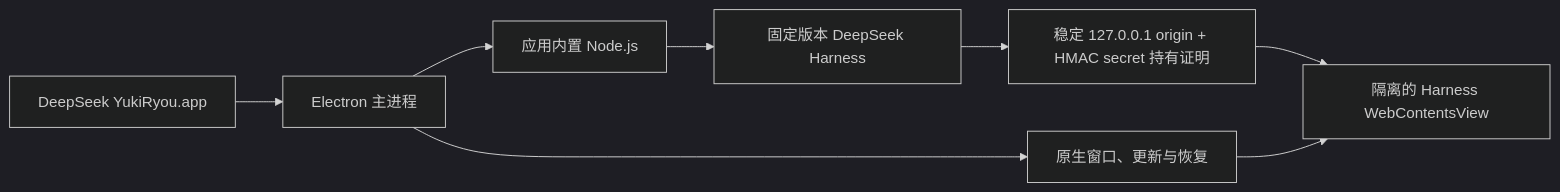
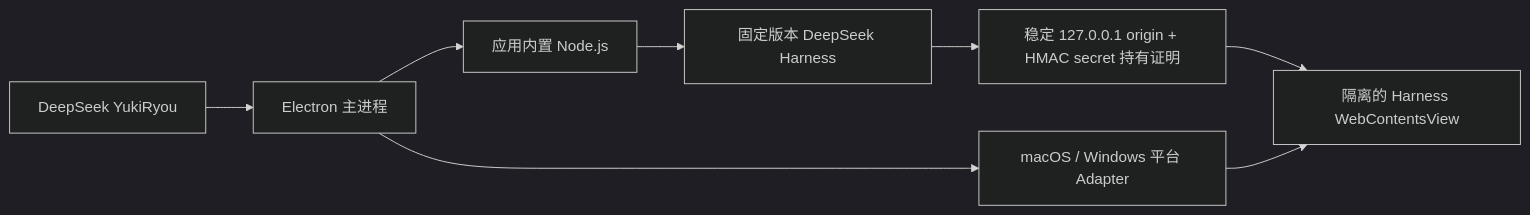
One commit to yoshino-xiao7/deepseek-harness-desktop-yukiryou changed the diagram in README.md. Above: the diagram before and after it, drawn with Mermaid (dark theme). The commit also changed other lines of this file and 150 other files, not shown here.

````diff
--- a/README.md
+++ b/README.md
@@ -110,10 +131,10 @@
 ```mermaid
 flowchart LR
-    A["DeepSeek YukiRyou.app"] --> B["Electron 主进程"]
+    A["DeepSeek YukiRyou"] --> B["Electron 主进程"]
     B --> C["应用内置 Node.js"]
     C --> D["固定版本 DeepSeek Harness"]
     D --> E["稳定 127.0.0.1 origin + HMAC secret 持有证明"]
     E --> F["隔离的 Harness WebContentsView"]
-    B --> G["原生窗口、更新与恢复"]
+    B --> G["macOS / Windows 平台 Adapter"]
     G --> F
 ```
````
